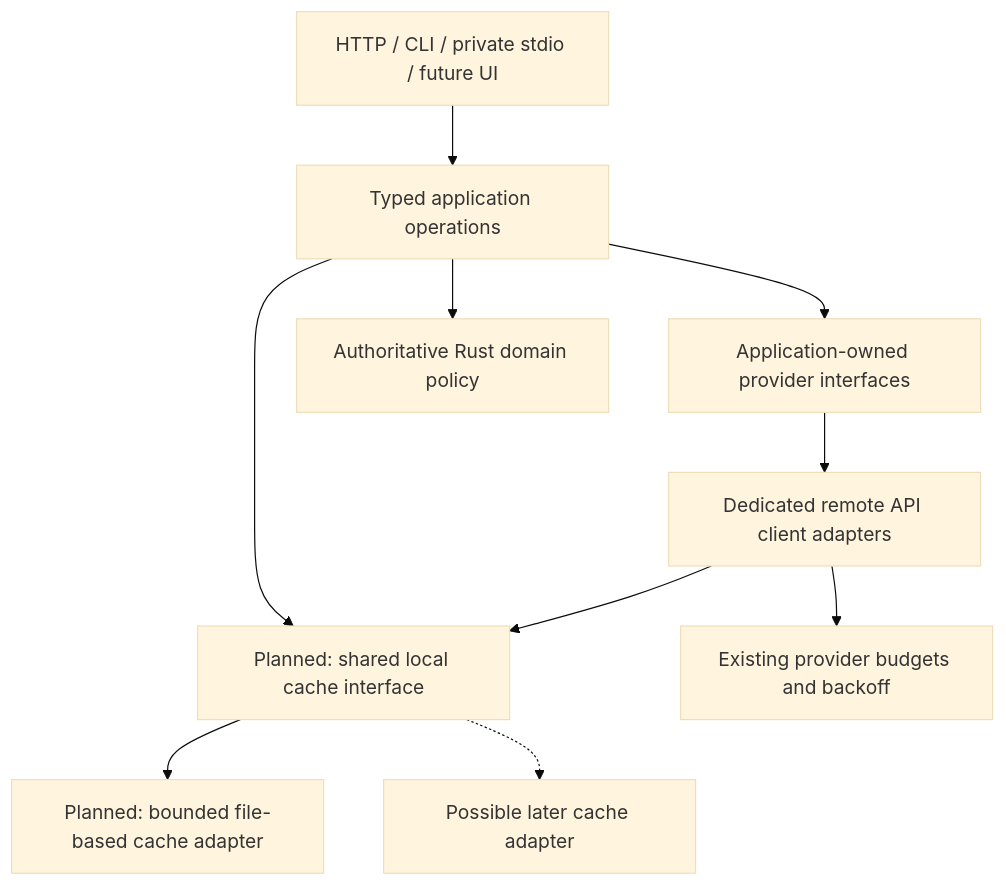
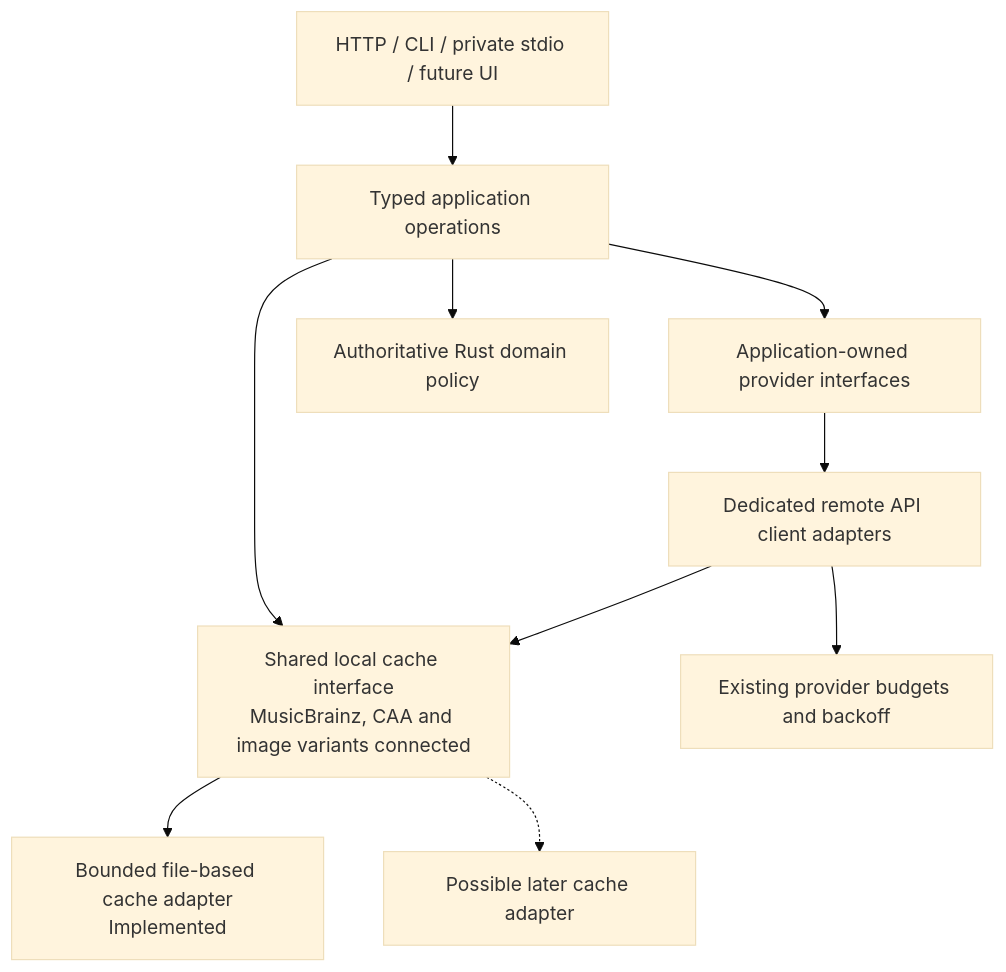
One commit to PlagueHO/domus-obscura changed the third of 3 diagrams in docs/backend-architecture.md. Above: the diagram before and after it, drawn with Mermaid (base theme). The commit also changed other lines of this file and 55 other files, not shown here.

First line of the commit message:
Connect shared caches, image retrieval and configuration inspection

````diff
--- a/docs/backend-architecture.md
+++ b/docs/backend-architecture.md
@@ -175,12 +189,12 @@
 ```mermaid
 flowchart TB
     Clients["HTTP / CLI / private stdio / future UI"] --> UseCases["Typed application operations"]
     UseCases --> Interfaces["Application-owned provider interfaces"]
     Interfaces --> Remote["Dedicated remote API client adapters"]
-    UseCases --> Cache["Planned: shared local cache interface"]
+    UseCases --> Cache["Shared local cache interface<br/>MusicBrainz, CAA and image variants connected"]
     Remote --> Cache
-    Cache --> Files["Planned: bounded file-based cache adapter"]
+    Cache --> Files["Bounded file-based cache adapter<br/>Implemented"]
     Cache -.-> Future["Possible later cache adapter"]
     Remote --> Budget["Existing provider budgets and backoff"]
     UseCases --> Policy["Authoritative Rust domain policy"]
 ```
````
